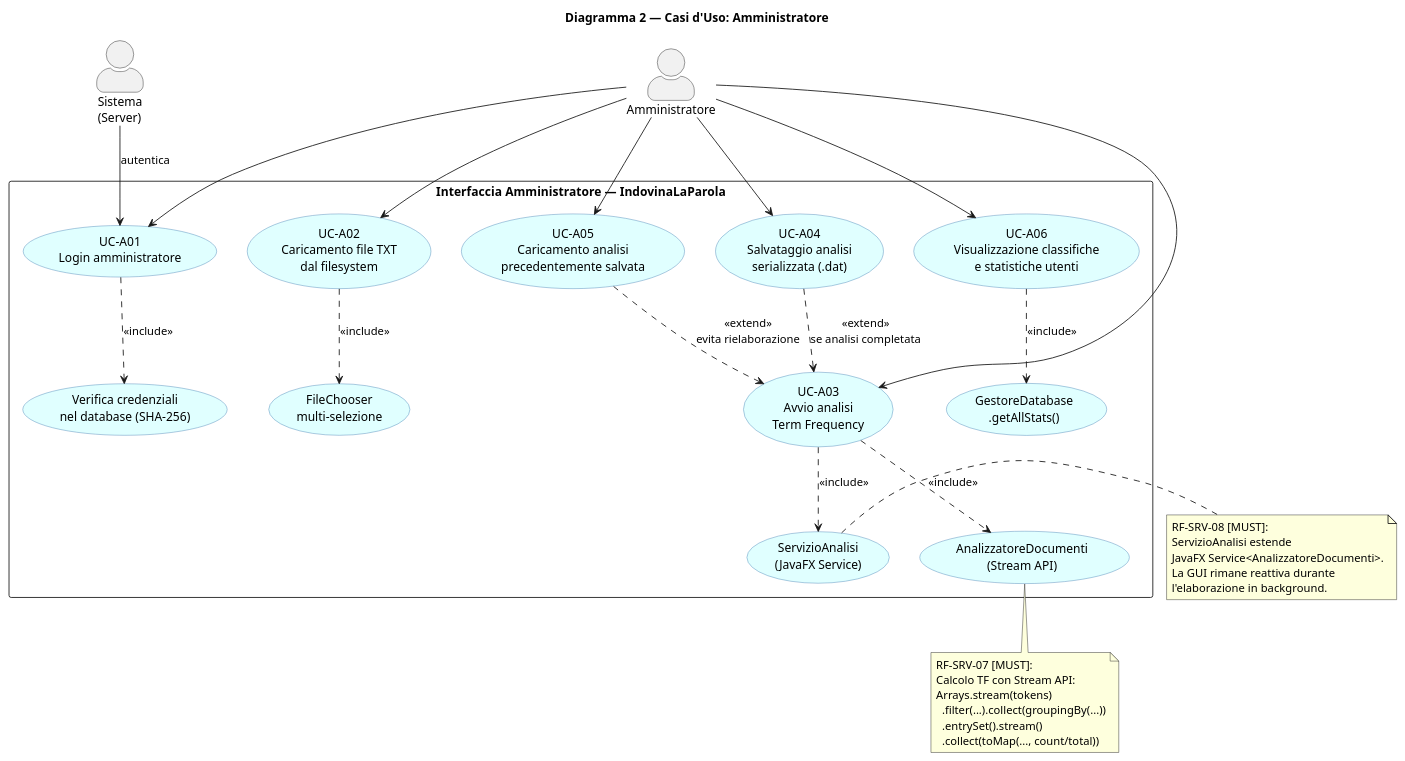
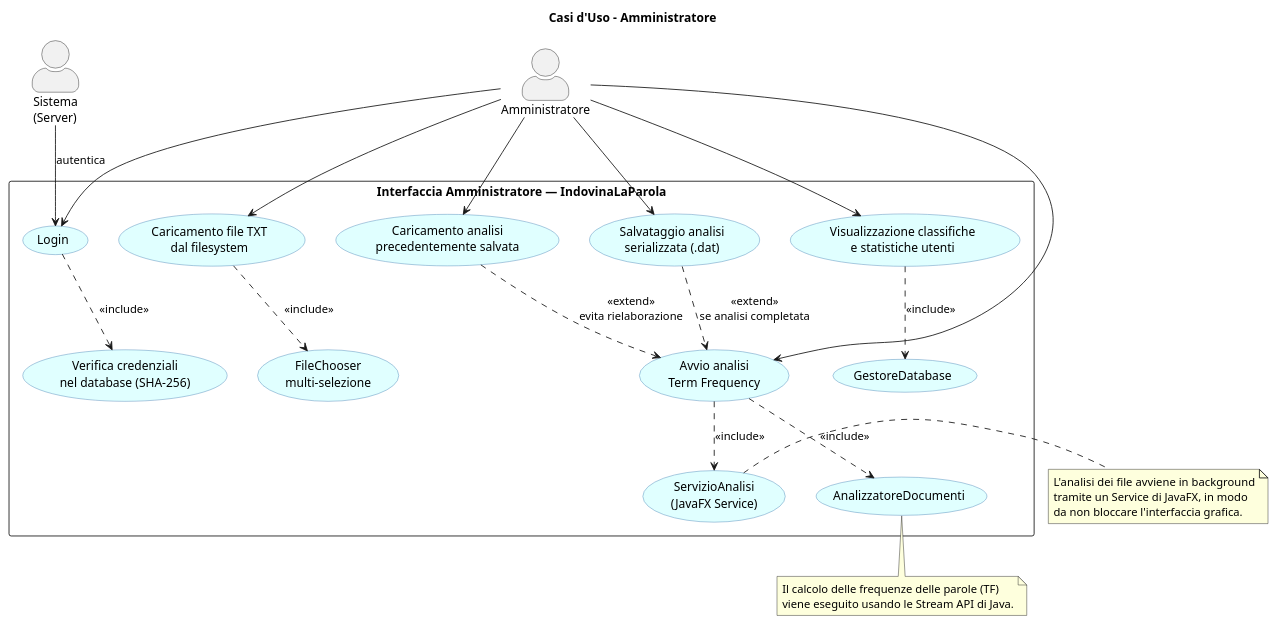
The diagram in Documenti/Diagrammi/UC_02_Amministratore.puml (Michele-Pio-Russo/Progetto_Java_Avanzata_Gruppo_2), drawn with PlantUML before and after one commit. The commit also changed 16 other files, not shown here.

```diff
--- a/Documenti/Diagrammi/UC_02_Amministratore.puml
+++ b/Documenti/Diagrammi/UC_02_Amministratore.puml
@@ -1,69 +1,63 @@
 @startuml UC_02_Amministratore
 skinparam actorStyle awesome
 skinparam packageStyle rectangle
 skinparam usecase {
   BackgroundColor LightCyan
   BorderColor SteelBlue
 }
 
-title Diagramma 2 — Casi d'Uso: Amministratore
+title Casi d'Uso - Amministratore
 
 actor "Amministratore" as Admin
 actor "Sistema\n(Server)" as Server
 
 rectangle "Interfaccia Amministratore — IndovinaLaParola" {
 
-  usecase "UC-A01\nLogin amministratore" as A01
+  usecase "Login" as A01
   usecase "Verifica credenziali\nnel database (SHA-256)" as A01s
 
-  usecase "UC-A02\nCaricamento file TXT\ndal filesystem" as A02
+  usecase "Caricamento file TXT\ndal filesystem" as A02
   usecase "FileChooser\nmulti-selezione" as A02s
 
-  usecase "UC-A03\nAvvio analisi\nTerm Frequency" as A03
+  usecase "Avvio analisi\nTerm Frequency" as A03
   usecase "ServizioAnalisi\n(JavaFX Service)" as A03s
-  usecase "AnalizzatoreDocumenti\n(Stream API)" as A03t
+  usecase "AnalizzatoreDocumenti" as A03t
 
-  usecase "UC-A04\nSalvataggio analisi\nserializzata (.dat)" as A04
+  usecase "Salvataggio analisi\nserializzata (.dat)" as A04
 
-  usecase "UC-A05\nCaricamento analisi\nprecedentemente salvata" as A05
+  usecase "Caricamento analisi\nprecedentemente salvata" as A05
 
-  usecase "UC-A06\nVisualizzazione classifiche\ne statistiche utenti" as A06
-  usecase "GestoreDatabase\n.getAllStats()" as A06s
+  usecase "Visualizzazione classifiche\ne statistiche utenti" as A06
+  usecase "GestoreDatabase" as A06s
 }
 
 Admin --> A01
 Admin --> A02
 Admin --> A03
 Admin --> A04
 Admin --> A05
 Admin --> A06
 
 Server --> A01 : autentica
 
 A01 ..> A01s : <<include>>
 A02 ..> A02s : <<include>>
 A03 ..> A03s : <<include>>
 A03 ..> A03t : <<include>>
 A06 ..> A06s : <<include>>
 
 A04 ..> A03 : <<extend>>\nse analisi completata
 A05 ..> A03 : <<extend>>\nevita rielaborazione
 
 note right of A03s
-  RF-SRV-08 [MUST]:
-  ServizioAnalisi estende
-  JavaFX Service<AnalizzatoreDocumenti>.
-  La GUI rimane reattiva durante
-  l'elaborazione in background.
+  L'analisi dei file avviene in background
+  tramite un Service di JavaFX, in modo
+  da non bloccare l'interfaccia grafica.
 end note
 
 note bottom of A03t
-  RF-SRV-07 [MUST]:
-  Calcolo TF con Stream API:
-  Arrays.stream(tokens)
-    .filter(...).collect(groupingBy(...))
-    .entrySet().stream()
-    .collect(toMap(..., count/total))
+  Il calcolo delle frequenze delle parole (TF)
+  viene eseguito usando le Stream API di Java.
 end note
 
 @enduml
```
